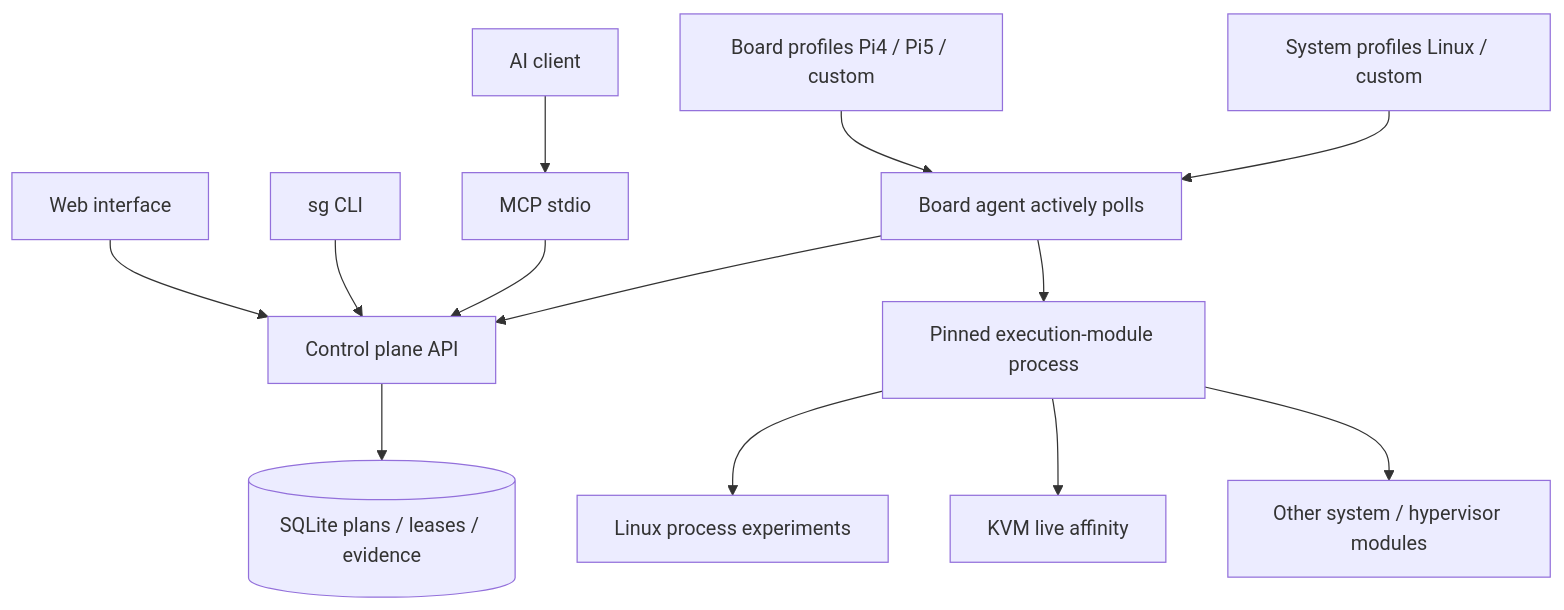
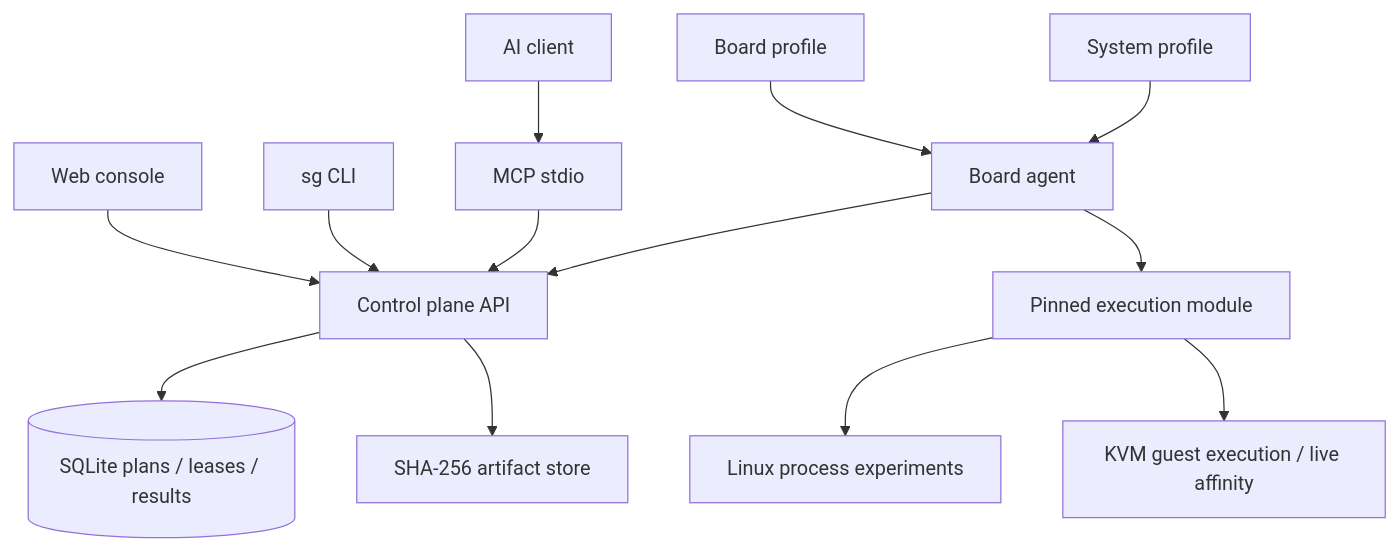
The diagram in docs/research.md (Patchouliys/side-galaxy), drawn with Mermaid before and after one commit. The commit also changed other lines of this file and 15 other files, not shown here.

````diff
--- a/docs/research.md
+++ b/docs/research.md
@@ -61,15 +7,15 @@
 ```mermaid
 flowchart TB
-  Web[Web interface] --> API[Control plane API]
+  Web[Web console] --> API[Control plane API]
   CLI[sg CLI] --> API
   AI[AI client] --> MCP[MCP stdio]
   MCP --> API
-  API --> DB[(SQLite plans / leases / evidence)]
-  Agent[Board agent actively polls] --> API
-  Board[Board profiles Pi4 / Pi5 / custom] --> Agent
-  OS[System profiles Linux / custom] --> Agent
-  Agent --> Module[Pinned execution-module process]
+  API --> DB[(SQLite plans / leases / results)]
+  API --> Artifacts[SHA-256 artifact store]
+  Agent[Board agent] --> API
+  Board[Board profile] --> Agent
+  OS[System profile] --> Agent
+  Agent --> Module[Pinned execution module]
   Module --> Linux[Linux process experiments]
-  Module --> KVM[KVM live affinity]
-  Module --> Custom[Other system / hypervisor modules]
+  Module --> KVM[KVM guest execution / live affinity]
 ```
````
